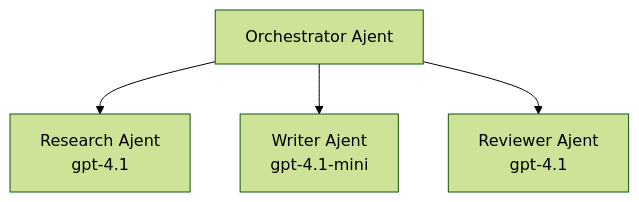
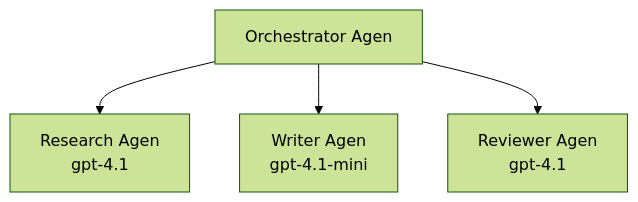
Before and after one commit to microsoft/AZD-for-beginners: the third of 3 diagrams in translations/pcm/docs/chapter-02-ai-development/agents.md, drawn with Mermaid (forest theme). The commit also changed other lines of this file and 101 other files, not shown here.

````diff
--- a/translations/pcm/docs/chapter-02-ai-development/agents.md
+++ b/translations/pcm/docs/chapter-02-ai-development/agents.md
@@ -189,6 +194,6 @@
 ```mermaid
 graph TD
-    Orchestrator[Orchestrator Ajent] --> Research[Research Ajent<br/>gpt-4.1]
-    Orchestrator --> Writer[Writer Ajent<br/>gpt-4.1-mini]
-    Orchestrator --> Reviewer[Reviewer Ajent<br/>gpt-4.1]
+    Orchestrator[Orchestrator Agen] --> Research[Research Agen<br/>gpt-4.1]
+    Orchestrator --> Writer[Writer Agen<br/>gpt-4.1-mini]
+    Orchestrator --> Reviewer[Reviewer Agen<br/>gpt-4.1]
 ```
````
